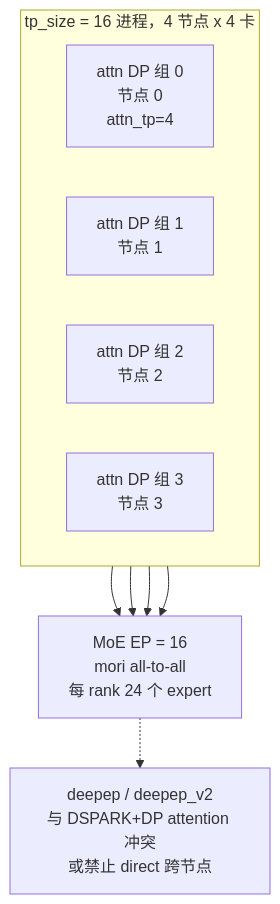
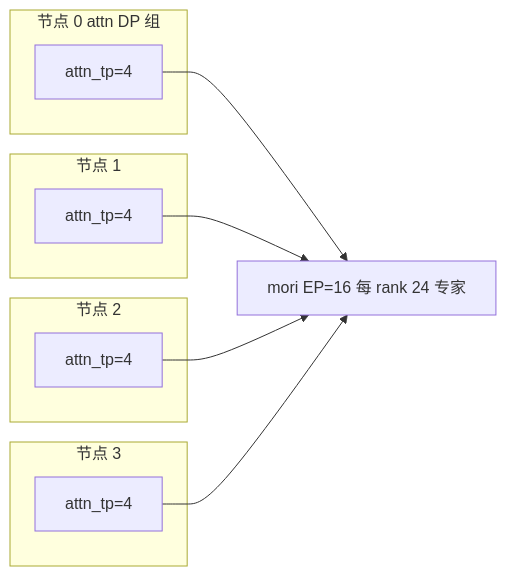
One commit to wangtong198/sglang changed the fourth of 4 diagrams in docs/my_docs/02-启动到HTTP请求完整流程.md. Above: the diagram before and after it, drawn with Mermaid. The commit also changed other lines of this file and 13 other files, not shown here.

First line of the commit message:
Deepen the Chinese SGLang learning series around the runtime flow.

````diff
--- a/docs/my_docs/02-启动到HTTP请求完整流程.md
+++ b/docs/my_docs/02-启动到HTTP请求完整流程.md
@@ -414,15 +263,19 @@
 ```mermaid
-flowchart TB
-  subgraph world["tp_size = 16 进程，4 节点 x 4 卡"]
-    direction LR
-    G0["attn DP 组 0\n节点 0\nattn_tp=4"]
-    G1["attn DP 组 1\n节点 1"]
-    G2["attn DP 组 2\n节点 2"]
-    G3["attn DP 组 3\n节点 3"]
+flowchart LR
+  subgraph n0["节点 0 attn DP 组"]
+    A0["attn_tp=4"]
   end
-  G0 --> EP["MoE EP = 16\nmori all-to-all\n每 rank 24 个 expert"]
-  G1 --> EP
-  G2 --> EP
-  G3 --> EP
-  EP -.-> X["deepep / deepep_v2\n与 DSPARK+DP attention 冲突\n或禁止 direct 跨节点"]
+  subgraph n1["节点 1"]
+    A1["attn_tp=4"]
+  end
+  subgraph n2["节点 2"]
+    A2["attn_tp=4"]
+  end
+  subgraph n3["节点 3"]
+    A3["attn_tp=4"]
+  end
+  A0 --> M["mori EP=16 每 rank 24 专家"]
+  A1 --> M
+  A2 --> M
+  A3 --> M
 ```
````
